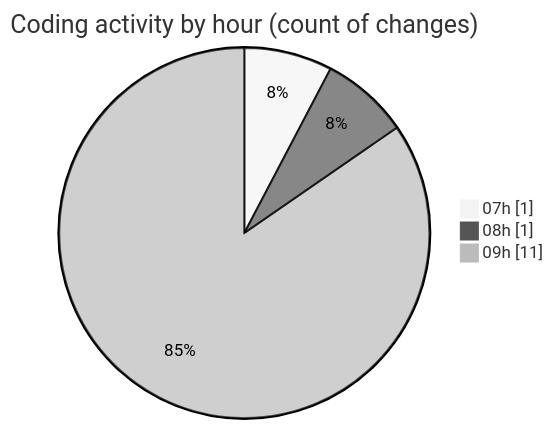
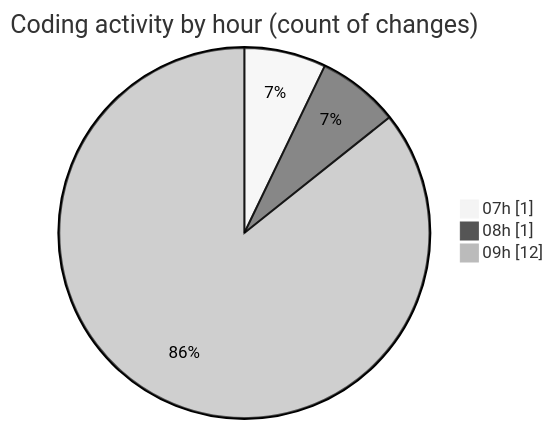
The second of 2 diagrams in 2025-04-24/zeytoon/README.md (vahidmafi/code-tracking), drawn with Mermaid (neutral theme) before and after one commit. The commit also changed other lines of this file and 1 other file, not shown here.

````diff
--- a/2025-04-24/zeytoon/README.md
+++ b/2025-04-24/zeytoon/README.md
@@ -30,7 +30,7 @@
 ```mermaid
 pie showData
 title Coding activity by hour (count of changes)
 "07h" : 1
 "08h" : 1
-"09h" : 11
+"09h" : 12
 ```
````
